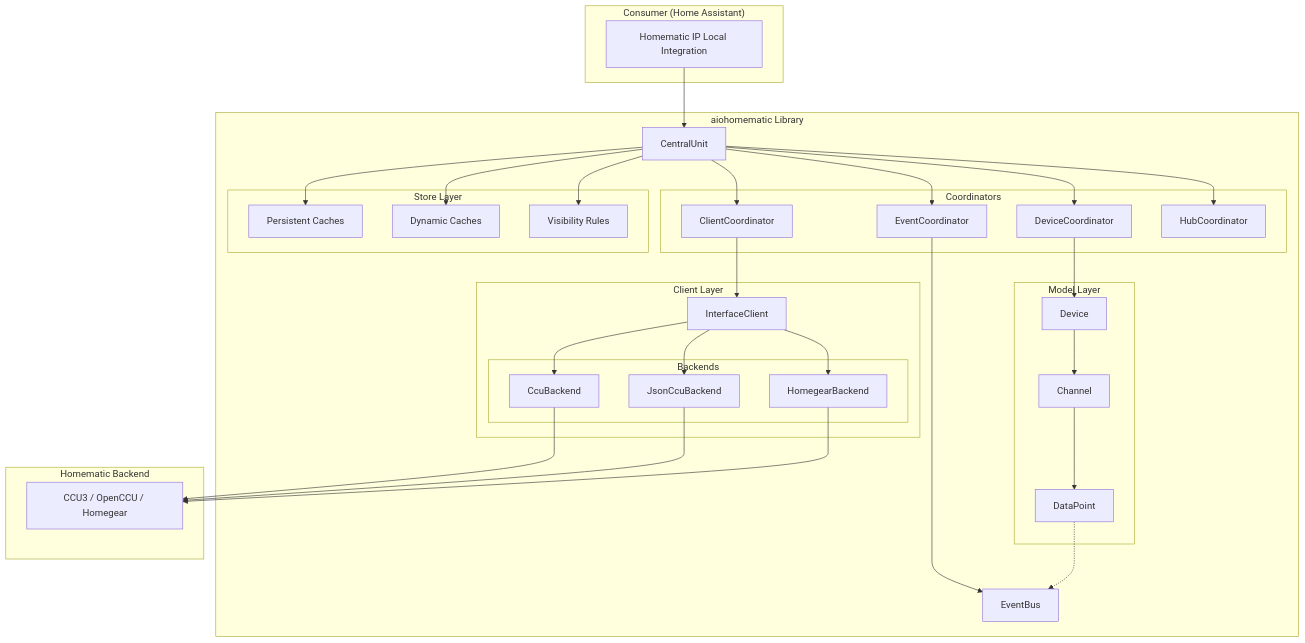
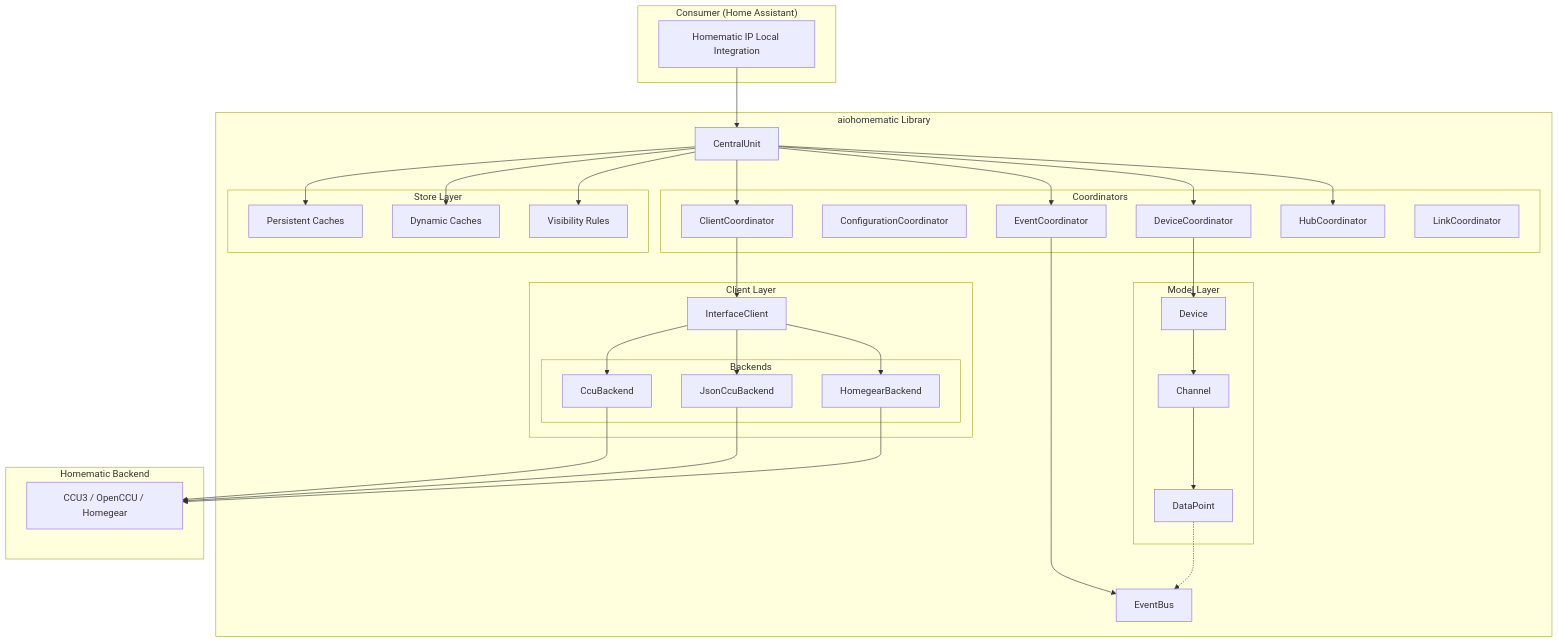
One commit to SukramJ/aiohomematic changed the diagram in docs/architecture.md. Above: the diagram before and after it, drawn with Mermaid. The commit also changed other lines of this file and 3 other files, not shown here.

Commit message:
Architecture docs updated

````diff
--- a/docs/architecture.md
+++ b/docs/architecture.md
@@ -9,65 +9,67 @@
 ```mermaid
 graph TB
     subgraph Consumer["Consumer (Home Assistant)"]
         HA[Homematic IP Local Integration]
     end
 
     subgraph aiohomematic["aiohomematic Library"]
         CU[CentralUnit]
 
         subgraph Coordinators["Coordinators"]
             CC[ClientCoordinator]
+            CfgC[ConfigurationCoordinator]
             DC[DeviceCoordinator]
             EC[EventCoordinator]
             HC[HubCoordinator]
+            LC[LinkCoordinator]
         end
 
         subgraph Model["Model Layer"]
             DEV[Device]
             CH[Channel]
             DP[DataPoint]
         end
 
         subgraph Client["Client Layer"]
             IC[InterfaceClient]
             subgraph Backends["Backends"]
                 CCUB[CcuBackend]
                 JSONB[JsonCcuBackend]
                 HGB[HomegearBackend]
             end
         end
 
         subgraph Store["Store Layer"]
             PERS[Persistent Caches]
             DYN[Dynamic Caches]
             VIS[Visibility Rules]
         end
 
         EB[EventBus]
     end
 
     subgraph Backend["Homematic Backend"]
         CCU[CCU3 / OpenCCU / Homegear]
     end
 
     HA --> CU
     CU --> CC
     CU --> DC
     CU --> EC
     CU --> HC
     CC --> IC
     IC --> CCUB
     IC --> JSONB
     IC --> HGB
     DC --> DEV
     DEV --> CH
     CH --> DP
     CCUB --> CCU
     JSONB --> CCU
     HGB --> CCU
     CU --> PERS
     CU --> DYN
     CU --> VIS
     EC --> EB
     DP -.-> EB
 ```
````
